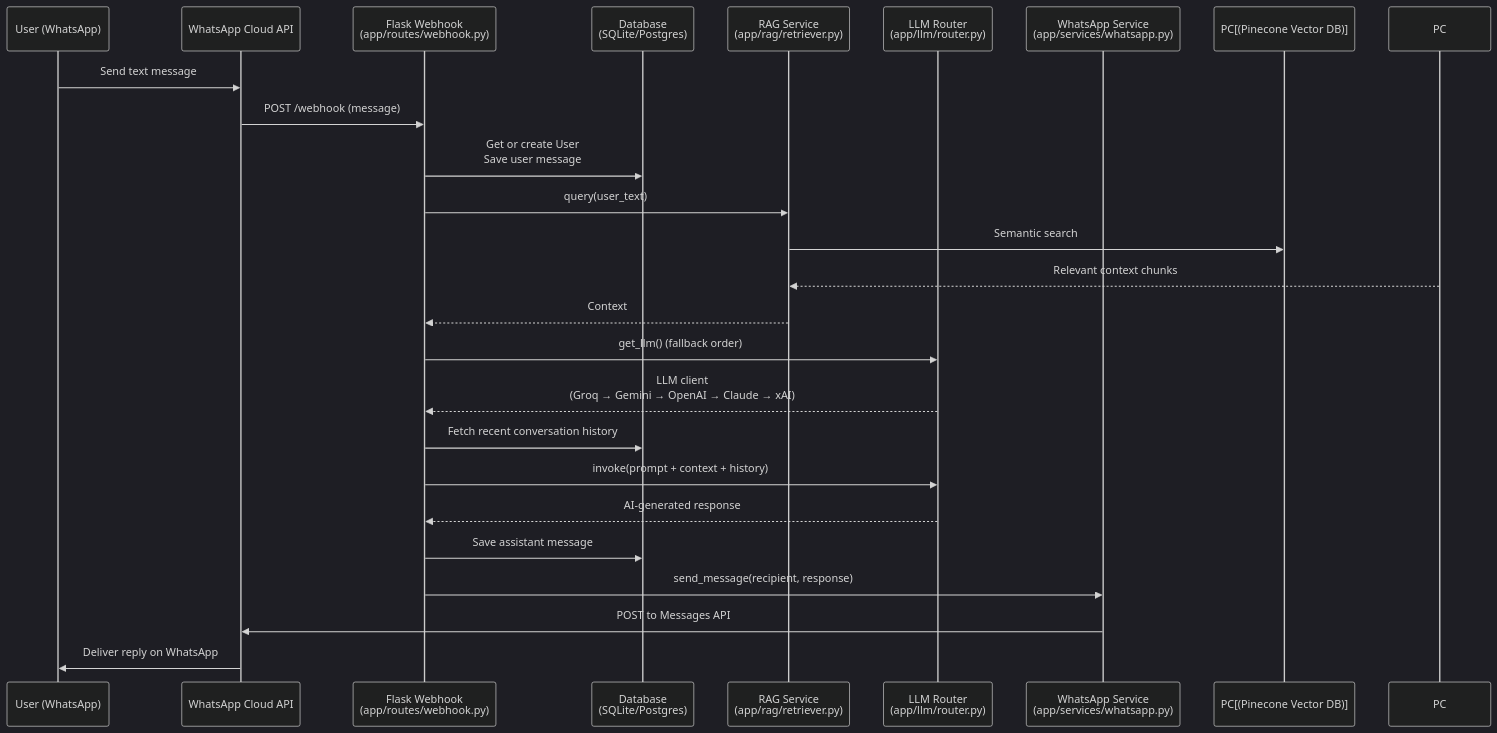
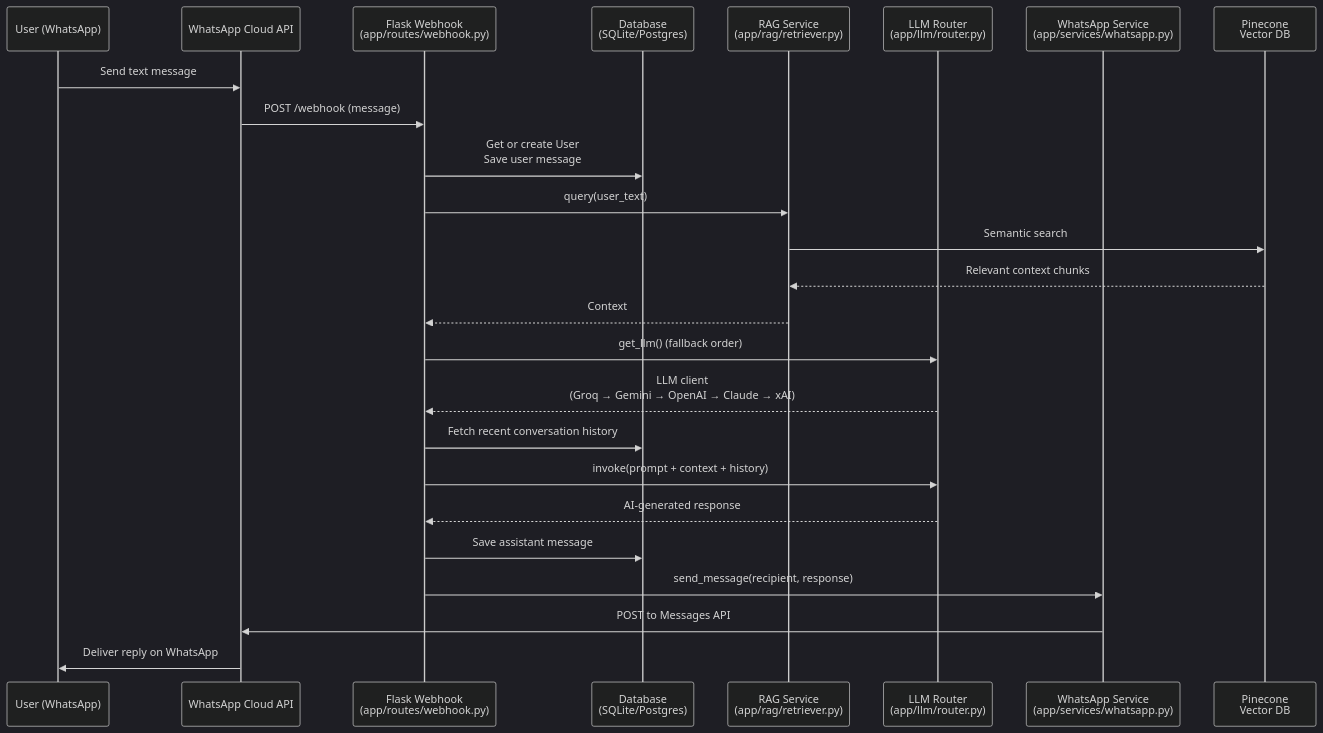
One commit to cleven12/whatsapp-ai-assistant changed the diagram in README.md. Above: the diagram before and after it, drawn with Mermaid (dark theme). The commit also changed 1 other file, not shown here.

Commit message:
fix: declare Pinecone participant in Mermaid diagrams for valid syntax

````diff
--- a/README.md
+++ b/README.md
@@ -136,32 +136,33 @@
 ```mermaid
 sequenceDiagram
     participant User as User (WhatsApp)
     participant WA as WhatsApp Cloud API
     participant Webhook as Flask Webhook<br/>(app/routes/webhook.py)
     participant DB as Database<br/>(SQLite/Postgres)
     participant RAG as RAG Service<br/>(app/rag/retriever.py)
     participant LLM as LLM Router<br/>(app/llm/router.py)
     participant WS as WhatsApp Service<br/>(app/services/whatsapp.py)
+    participant PC as Pinecone<br/>Vector DB
 
     User->>WA: Send text message
     WA->>Webhook: POST /webhook (message)
     
     Webhook->>DB: Get or create User<br/>Save user message
     
     Webhook->>RAG: query(user_text)
-    RAG->>PC[(Pinecone Vector DB)]: Semantic search
+    RAG->>PC: Semantic search
     PC-->>RAG: Relevant context chunks
     RAG-->>Webhook: Context
     
     Webhook->>LLM: get_llm() (fallback order)
     LLM-->>Webhook: LLM client<br/>(Groq → Gemini → OpenAI → Claude → xAI)
     
     Webhook->>DB: Fetch recent conversation history
     Webhook->>LLM: invoke(prompt + context + history)
     LLM-->>Webhook: AI-generated response
     
     Webhook->>DB: Save assistant message
     Webhook->>WS: send_message(recipient, response)
     WS->>WA: POST to Messages API
     WA->>User: Deliver reply on WhatsApp
 ```
````
